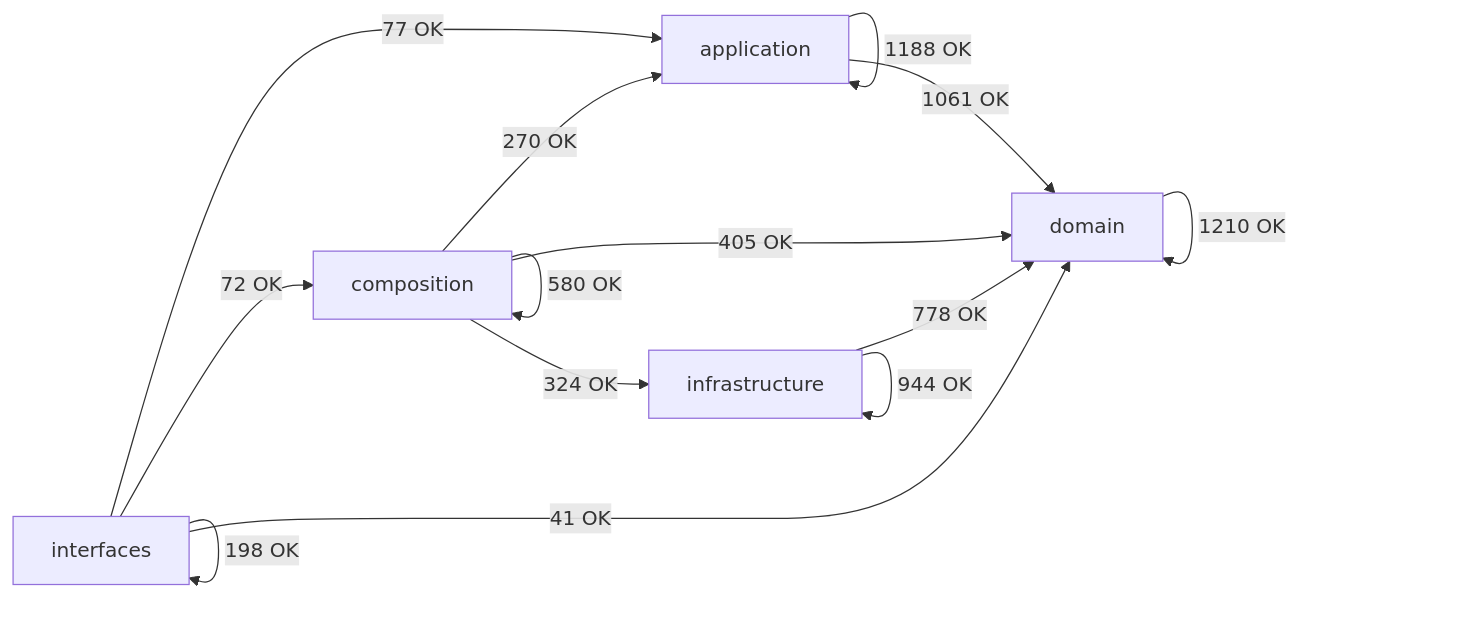
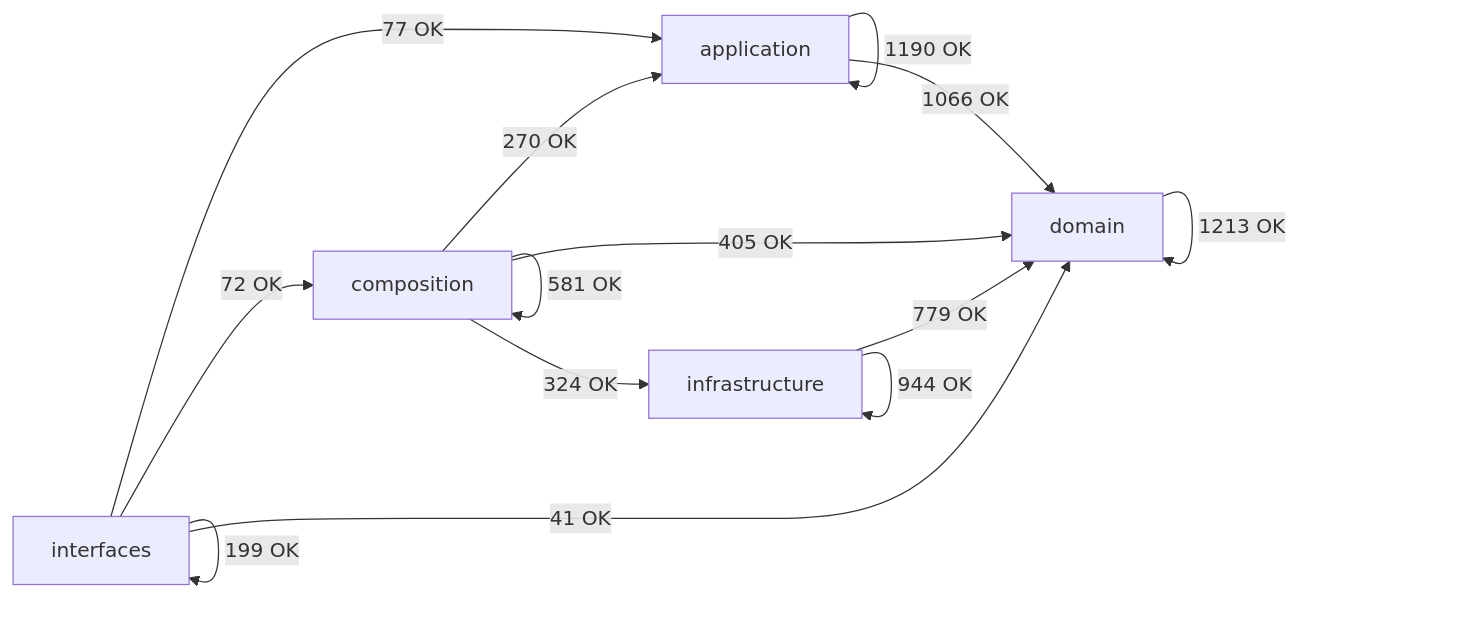
Before and after one commit to SatoryKono/BioactivityDataAcquisition: the diagram in docs/02-architecture/generated/module-dependency-map.md, drawn with Mermaid. The commit also changed other lines of this file and 106 other files, not shown here.

````diff
--- a/docs/02-architecture/generated/module-dependency-map.md
+++ b/docs/02-architecture/generated/module-dependency-map.md
@@ -17,21 +17,21 @@
 ```mermaid
 flowchart LR
     domain[domain]
     application[application]
     infrastructure[infrastructure]
     composition[composition]
     interfaces[interfaces]
-    application -->|1188 OK| application
-    application -->|1061 OK| domain
+    application -->|1190 OK| application
+    application -->|1066 OK| domain
     composition -->|270 OK| application
-    composition -->|580 OK| composition
+    composition -->|581 OK| composition
     composition -->|405 OK| domain
     composition -->|324 OK| infrastructure
-    domain -->|1210 OK| domain
-    infrastructure -->|778 OK| domain
+    domain -->|1213 OK| domain
+    infrastructure -->|779 OK| domain
     infrastructure -->|944 OK| infrastructure
     interfaces -->|77 OK| application
     interfaces -->|72 OK| composition
     interfaces -->|41 OK| domain
-    interfaces -->|198 OK| interfaces
+    interfaces -->|199 OK| interfaces
 ```
````
